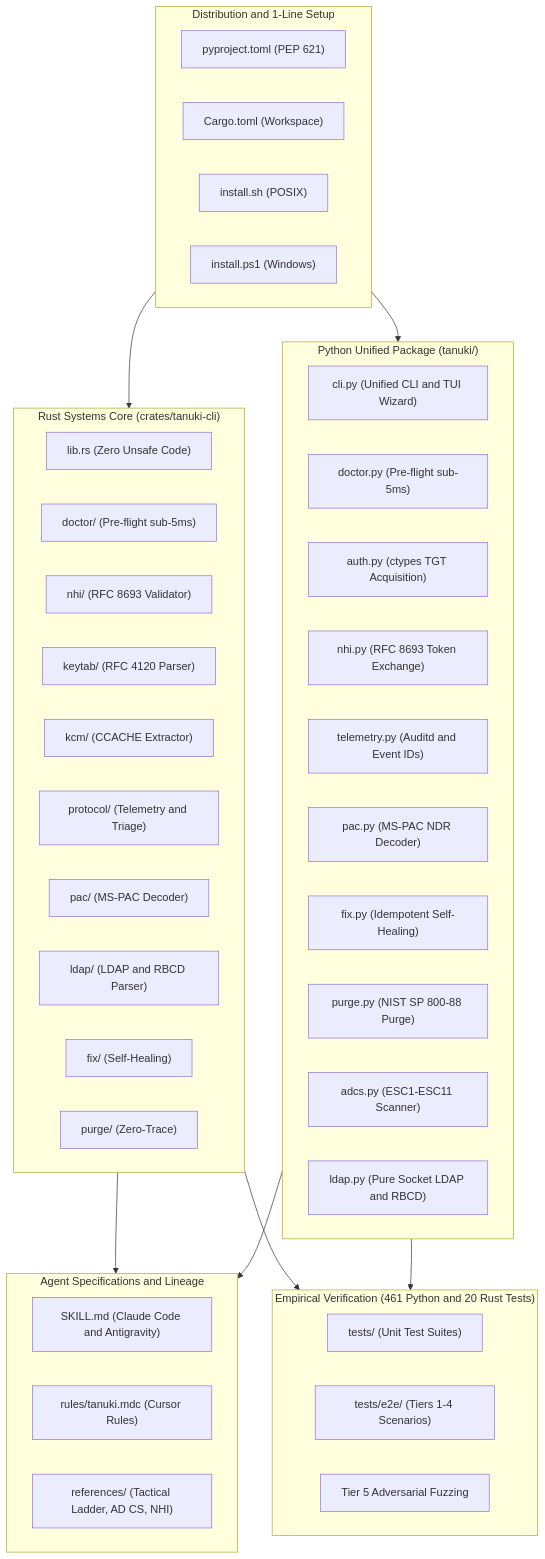
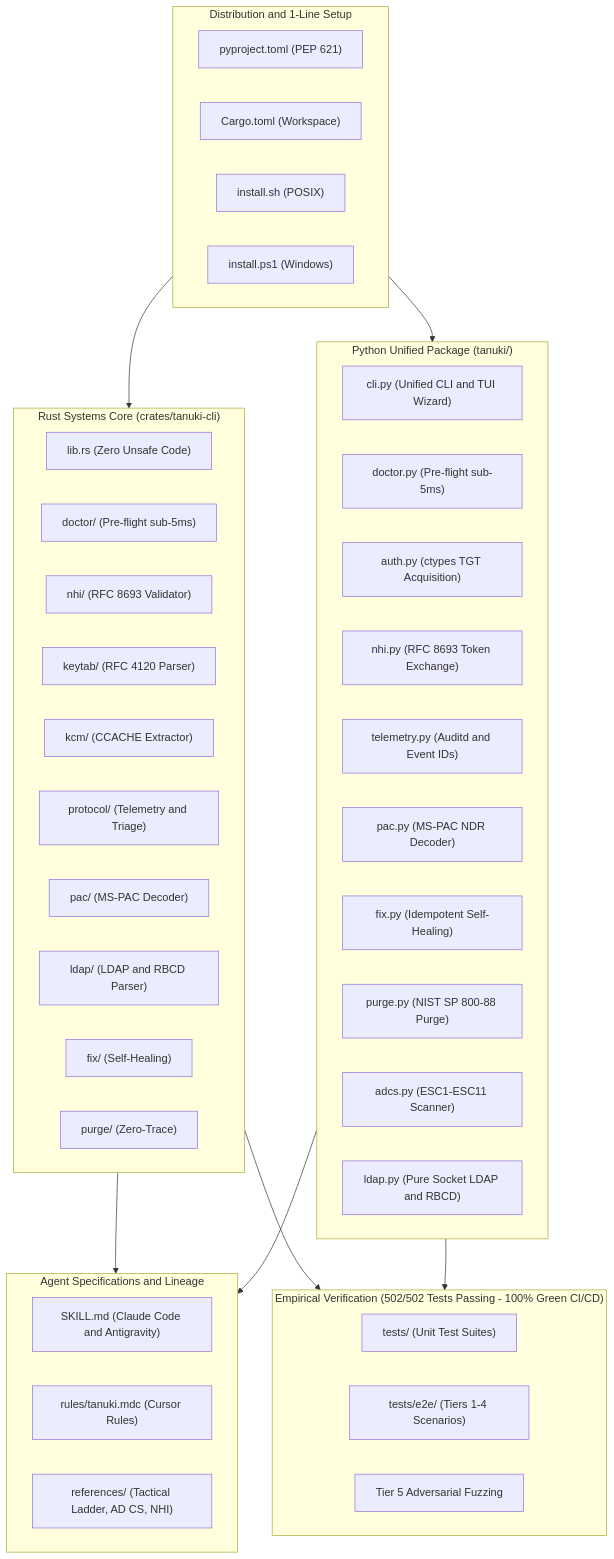
One commit to Mafifrizi/tanuki changed the diagram in README.md. Above: the diagram before and after it, drawn with Mermaid. The commit also changed other lines of this file and 1 other file, not shown here.

````diff
--- a/README.md
+++ b/README.md
@@ -531,54 +604,54 @@
 ```mermaid
 flowchart TD
     subgraph DIST["Distribution and 1-Line Setup"]
         M1["pyproject.toml (PEP 621)"]
         M2["Cargo.toml (Workspace)"]
         I1["install.sh (POSIX)"]
         I2["install.ps1 (Windows)"]
     end
 
     subgraph RUST_ENGINE["Rust Systems Core (crates/tanuki-cli)"]
         R_LIB["lib.rs (Zero Unsafe Code)"]
         R_DOC["doctor/ (Pre-flight sub-5ms)"]
         R_NHI["nhi/ (RFC 8693 Validator)"]
         R_KT["keytab/ (RFC 4120 Parser)"]
         R_KCM["kcm/ (CCACHE Extractor)"]
         R_TEL["protocol/ (Telemetry and Triage)"]
         R_PAC["pac/ (MS-PAC Decoder)"]
         R_LDAP["ldap/ (LDAP and RBCD Parser)"]
         R_FIX["fix/ (Self-Healing)"]
         R_PURGE["purge/ (Zero-Trace)"]
     end
 
     subgraph PY_ENGINE["Python Unified Package (tanuki/)"]
         P_CLI["cli.py (Unified CLI and TUI Wizard)"]
         P_DOC["doctor.py (Pre-flight sub-5ms)"]
         P_AUTH["auth.py (ctypes TGT Acquisition)"]
         P_NHI["nhi.py (RFC 8693 Token Exchange)"]
         P_TEL["telemetry.py (Auditd and Event IDs)"]
         P_PAC["pac.py (MS-PAC NDR Decoder)"]
         P_FIX["fix.py (Idempotent Self-Healing)"]
         P_PURGE["purge.py (NIST SP 800-88 Purge)"]
         P_ADCS["adcs.py (ESC1-ESC11 Scanner)"]
         P_LDAP["ldap.py (Pure Socket LDAP and RBCD)"]
     end
 
     subgraph AGENT_LAYER["Agent Specifications and Lineage"]
         S1["SKILL.md (Claude Code and Antigravity)"]
         S2["rules/tanuki.mdc (Cursor Rules)"]
         S3["references/ (Tactical Ladder, AD CS, NHI)"]
     end
 
-    subgraph VERIFICATION["Empirical Verification (461 Python and 20 Rust Tests)"]
+    subgraph VERIFICATION["Empirical Verification (502/502 Tests Passing - 100% Green CI/CD)"]
         V1["tests/ (Unit Test Suites)"]
         V2["tests/e2e/ (Tiers 1-4 Scenarios)"]
         V3["Tier 5 Adversarial Fuzzing"]
     end
 
     DIST --> RUST_ENGINE
     DIST --> PY_ENGINE
     RUST_ENGINE --> AGENT_LAYER
     PY_ENGINE --> AGENT_LAYER
     RUST_ENGINE --> VERIFICATION
     PY_ENGINE --> VERIFICATION
 ```
````
